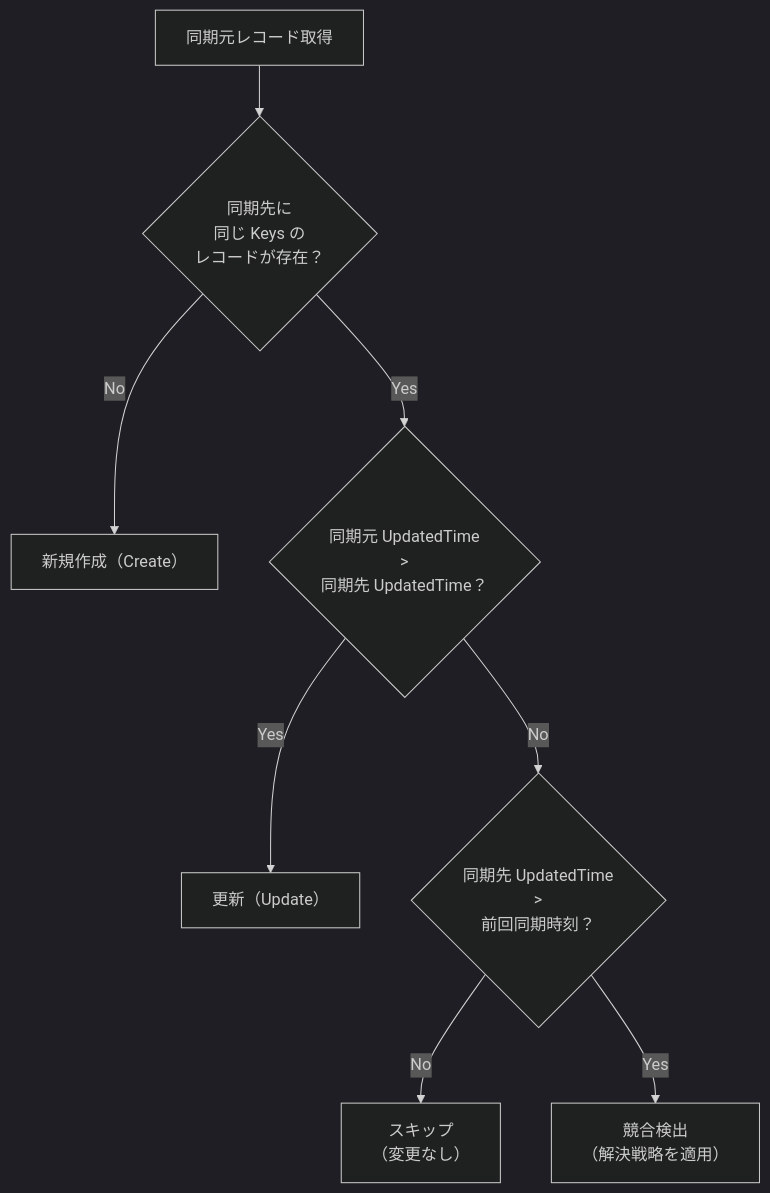
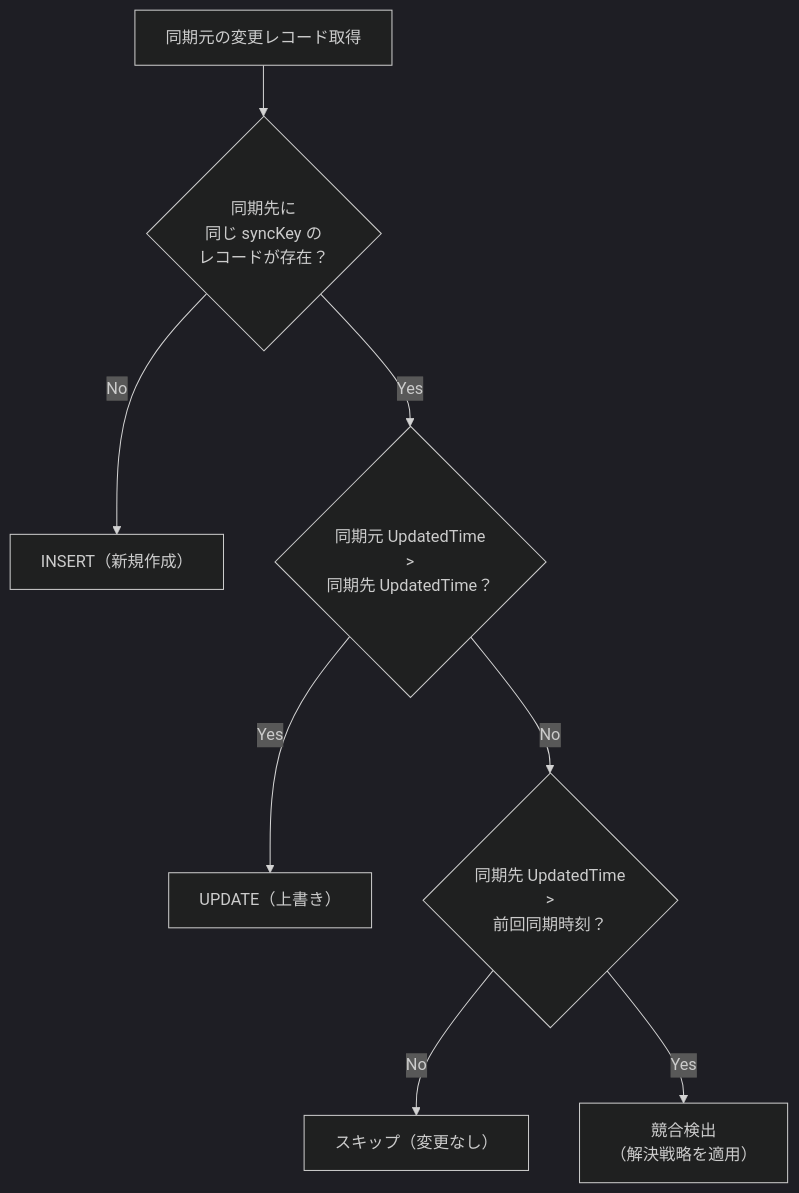
One commit to vehiclevisionjp/VehicleVision.Pleasanter.ResearchDocuments changed the seventh of 10 diagrams in docs/research/04-外部連携・フィード/008-複数インスタンス間マスターデータ同期設計.md. Above: the diagram before and after it, drawn with Mermaid (dark theme). The commit also changed other lines of this file, not shown here.

````diff
--- a/docs/research/04-外部連携・フィード/008-複数インスタンス間マスターデータ同期設計.md
+++ b/docs/research/04-外部連携・フィード/008-複数インスタンス間マスターデータ同期設計.md
@@ -417,10 +656,10 @@
 ```mermaid
 flowchart TD
-    A["同期元レコード取得"] --> B{"同期先に<br/>同じ Keys の<br/>レコードが存在？"}
-    B -->|No| C["新規作成（Create）"]
+    A["同期元の変更レコード取得"] --> B{"同期先に<br/>同じ syncKey の<br/>レコードが存在？"}
+    B -->|No| C["INSERT（新規作成）"]
     B -->|Yes| D{"同期元 UpdatedTime<br/>><br/>同期先 UpdatedTime？"}
-    D -->|Yes| E["更新（Update）"]
+    D -->|Yes| E["UPDATE（上書き）"]
     D -->|No| F{"同期先 UpdatedTime<br/>><br/>前回同期時刻？"}
-    F -->|No| G["スキップ<br/>（変更なし）"]
+    F -->|No| G["スキップ（変更なし）"]
     F -->|Yes| H["競合検出<br/>（解決戦略を適用）"]
 ```
````
